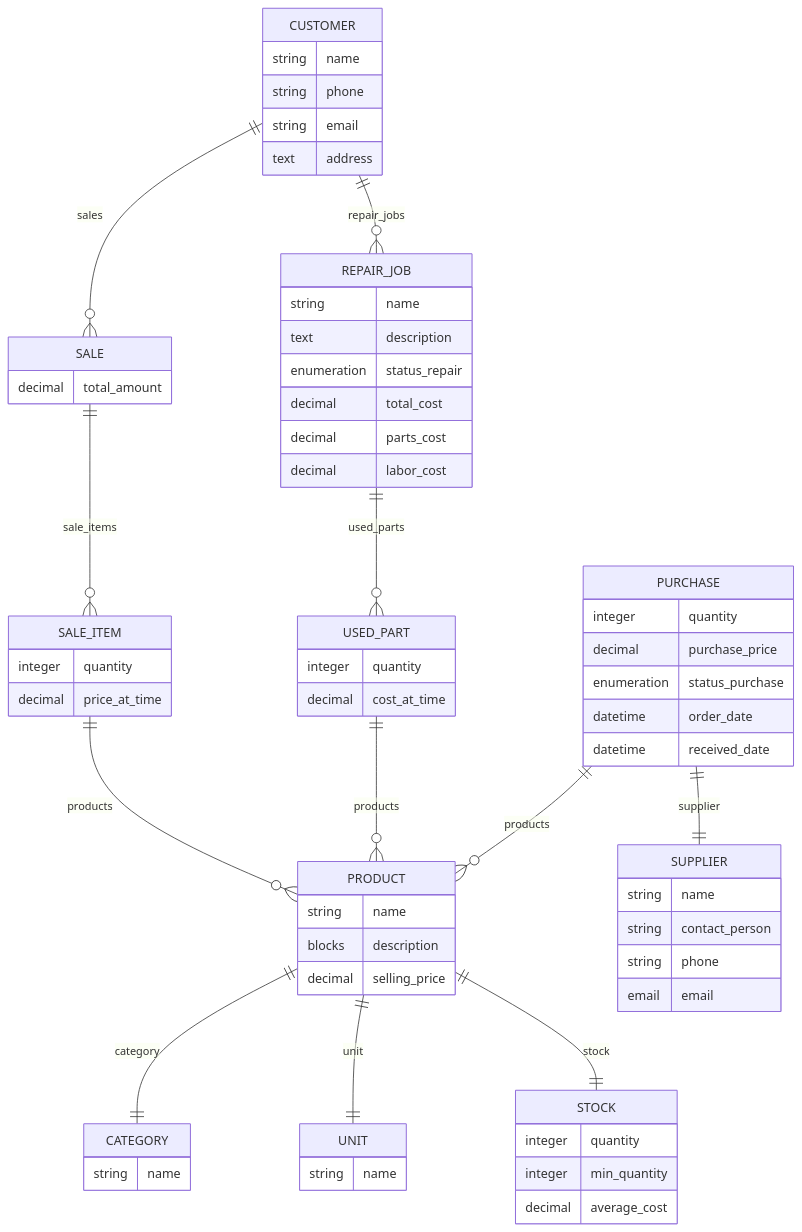
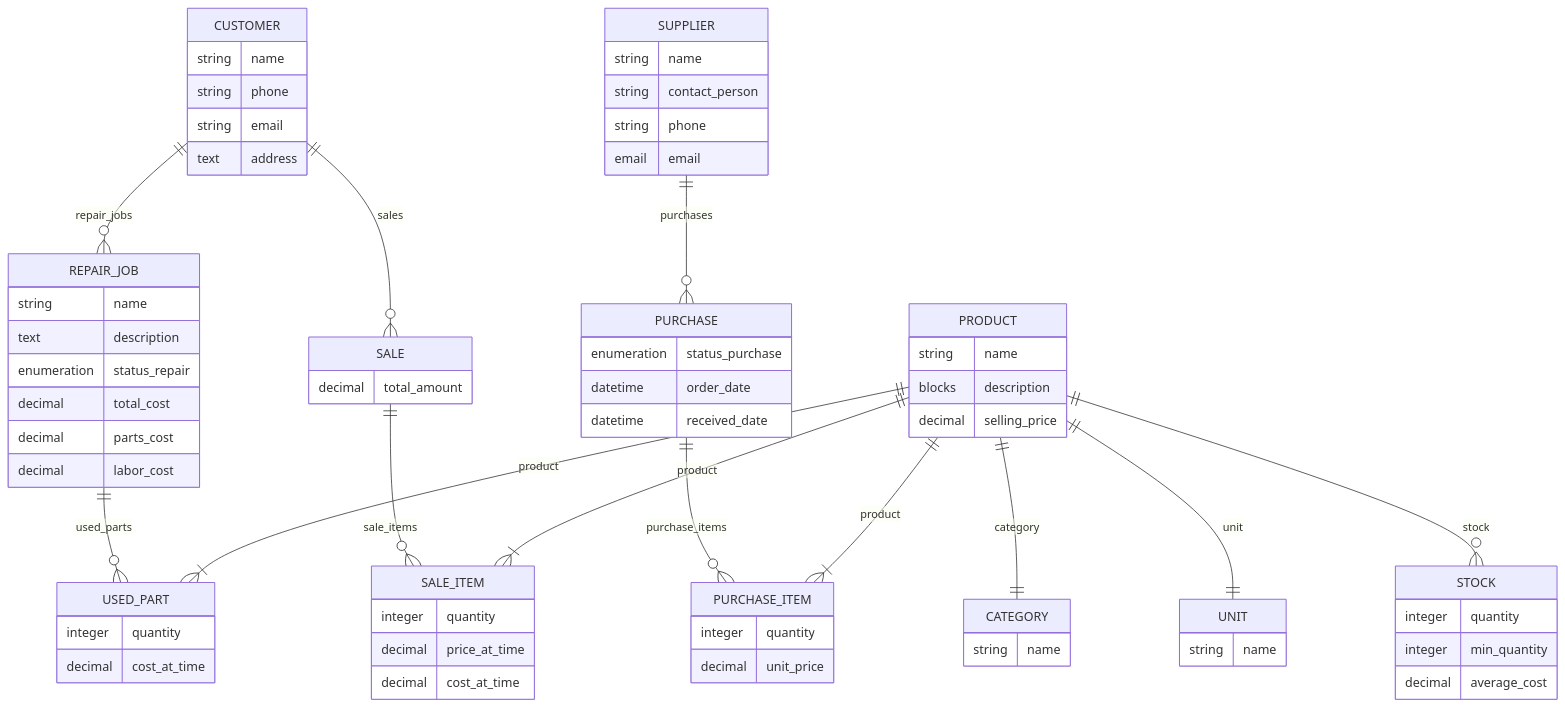
One commit to konglife/my-shop-backend changed the diagram in docs/03_er_diagram.md. Above: the diagram before and after it, drawn with Mermaid. The commit also changed other lines of this file and 14 other files, not shown here.

First line of the commit message:
refactor(purchase): Introduce PurchaseItem content type

````diff
--- a/docs/03_er_diagram.md
+++ b/docs/03_er_diagram.md
@@ -1,69 +1,75 @@
 ```mermaid
 erDiagram
     CATEGORY {
         string name
     }
     CUSTOMER {
         string name
         string phone
         string email
         text address
     }
     PRODUCT {
         string name
         blocks description
         decimal selling_price
     }
     PURCHASE {
-        integer quantity
-        decimal purchase_price
         enumeration status_purchase
         datetime order_date
         datetime received_date
+    }
+    PURCHASE_ITEM {
+        integer quantity
+        decimal unit_price
     }
     REPAIR_JOB {
         string name
         text description
         enumeration status_repair
         decimal total_cost
         decimal parts_cost
         decimal labor_cost
     }
     SALE {
         decimal total_amount
     }
     SALE_ITEM {
         integer quantity
         decimal price_at_time
+        decimal cost_at_time
     }
     STOCK {
         integer quantity
         integer min_quantity
         decimal average_cost
     }
     SUPPLIER {
         string name
         string contact_person
         string phone
         email email
     }
     UNIT {
         string name
     }
     USED_PART {
         integer quantity
         decimal cost_at_time
     }
 
     CUSTOMER ||--o{ REPAIR_JOB : "repair_jobs"
     CUSTOMER ||--o{ SALE : "sales"
+    SUPPLIER ||--o{ PURCHASE : "purchases"
+    PURCHASE ||--o{ PURCHASE_ITEM : "purchase_items"
+    SALE ||--o{ SALE_ITEM : "sale_items"
     REPAIR_JOB ||--o{ USED_PART : "used_parts"
-    PURCHASE ||--o{ PRODUCT : "products"
-    SALE ||--o{ SALE_ITEM : "sale_items"
-    USED_PART ||--o{ PRODUCT : "products"
-    SALE_ITEM ||--o{ PRODUCT : "products"
+    
+    PRODUCT ||--|{ PURCHASE_ITEM : "product"
+    PRODUCT ||--|{ SALE_ITEM : "product"
+    PRODUCT ||--|{ USED_PART : "product"
+
     PRODUCT ||--|| CATEGORY : "category"
     PRODUCT ||--|| UNIT : "unit"
-    PRODUCT ||--|| STOCK : "stock"
-    PURCHASE ||--|| SUPPLIER : "supplier"
+    PRODUCT ||--o{ STOCK : "stock"
 ```
````
